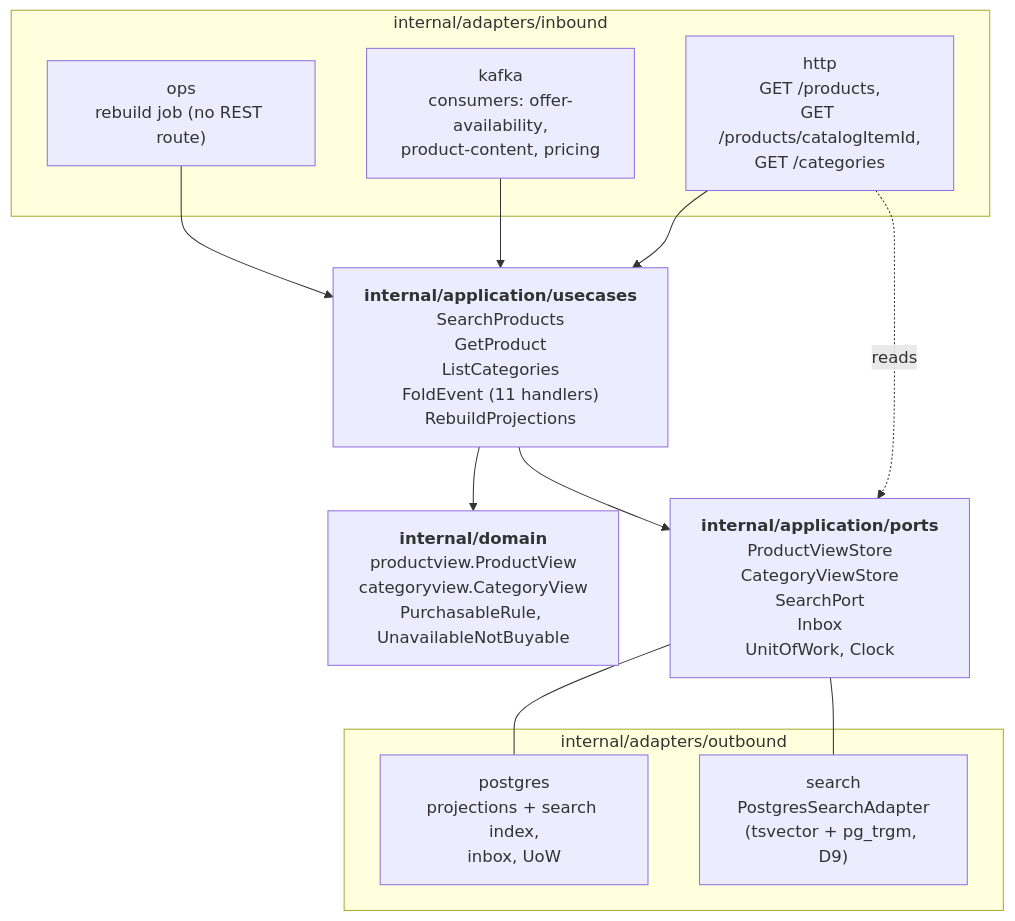
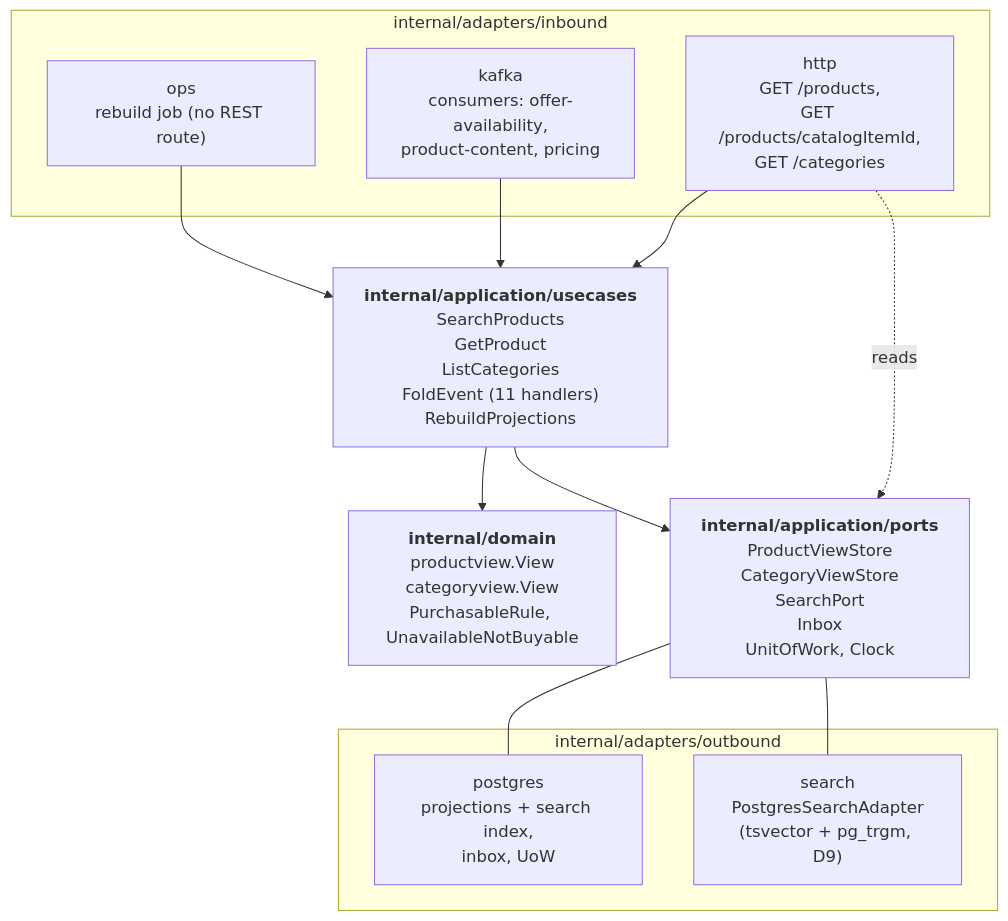
One commit to IQVO/warehouse-docs changed the third of 3 diagrams in storefront/docs/contexts/product-discovery/class-diagram.md. Above: the diagram before and after it, drawn with Mermaid. The commit also changed other lines of this file and 83 other files, not shown here.

````diff
--- a/storefront/docs/contexts/product-discovery/class-diagram.md
+++ b/storefront/docs/contexts/product-discovery/class-diagram.md
@@ -144,23 +144,23 @@
 ```mermaid
 flowchart TB
     subgraph IN["internal/adapters/inbound"]
         HTTP["http<br/>GET /products,<br/>GET /products/catalogItemId,<br/>GET /categories"]
         KC["kafka<br/>consumers: offer-availability,<br/>product-content, pricing"]
         OPS["ops<br/>rebuild job (no REST route)"]
     end
     APP["<b>internal/application/usecases</b><br/>SearchProducts<br/>GetProduct<br/>ListCategories<br/>FoldEvent (11 handlers)<br/>RebuildProjections"]
-    DOM["<b>internal/domain</b><br/>productview.ProductView<br/>categoryview.CategoryView<br/>PurchasableRule, UnavailableNotBuyable"]
+    DOM["<b>internal/domain</b><br/>productview.View<br/>categoryview.View<br/>PurchasableRule, UnavailableNotBuyable"]
     PORTS["<b>internal/application/ports</b><br/>ProductViewStore<br/>CategoryViewStore<br/>SearchPort<br/>Inbox<br/>UnitOfWork, Clock"]
     subgraph OUT["internal/adapters/outbound"]
         A1["postgres<br/>projections + search index,<br/>inbox, UoW"]
         A2["search<br/>PostgresSearchAdapter<br/>(tsvector + pg_trgm, D9)"]
     end
     HTTP --> APP
     KC --> APP
     OPS --> APP
     HTTP -. reads .-> PORTS
     APP --> DOM
     APP --> PORTS
     PORTS --- A1
     PORTS --- A2
 ```
````
